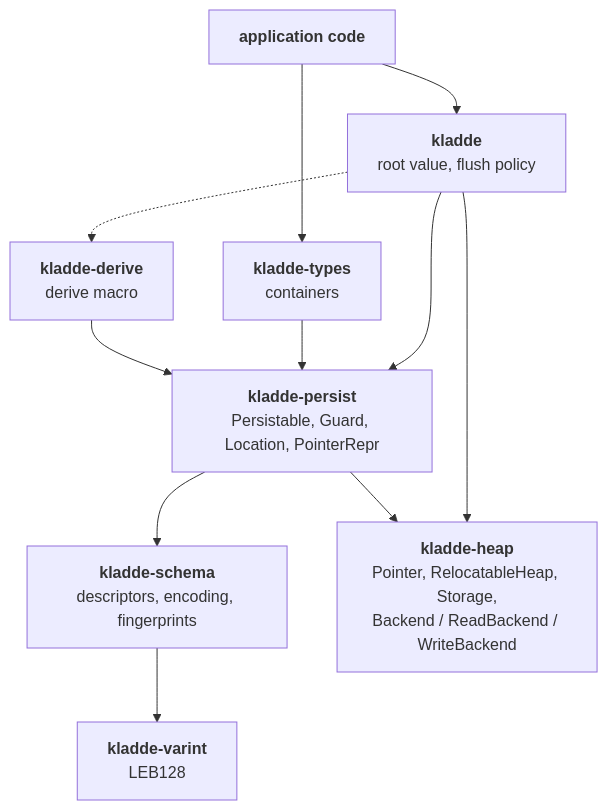
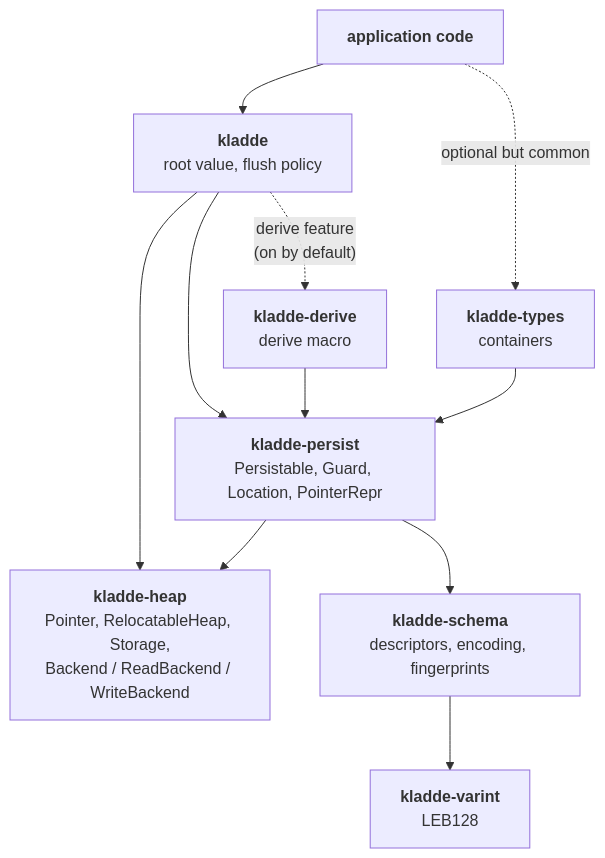
One commit to kladde-dev/kladde-docs changed the diagram in content/rust/design/index.md. Above: the diagram before and after it, drawn with Mermaid.

Commit message:
Polish crate dependency diagram

````diff
--- a/content/rust/design/index.md
+++ b/content/rust/design/index.md
@@ -24,23 +24,23 @@
 ```mermaid
 graph TD
   APP["<strong>application code</strong>"]
   K["<strong>kladde</strong><br/>root value, flush policy"]
   T["<strong>kladde-types</strong><br/>containers"]
   D["<strong>kladde-derive</strong><br/>derive macro"]
   P["<strong>kladde-persist</strong><br/>Persistable, Guard, Location, PointerRepr"]
   S["<strong>kladde-schema</strong><br/>descriptors, encoding, fingerprints"]
   V["<strong>kladde-varint</strong><br/>LEB128"]
   H["<strong>kladde-heap</strong><br/>Pointer, RelocatableHeap, Storage,<br/>Backend / ReadBackend / WriteBackend"]
   APP --> K
-  APP --> T
+  APP -. optional but common .-> T
+  K --> H
   K --> P
-  K --> H
   %% K --> D is dashed because it is optional: `kladde`'s `derive` feature,
   %% on by default. Nothing else depends on the macro crate.
-  K -.-> D
+  K -. "derive" feature<br/>(on by default) .-> D
   T --> P
   D --> P
+  P --> H
   P --> S
-  P --> H
   S --> V
 ```
````
